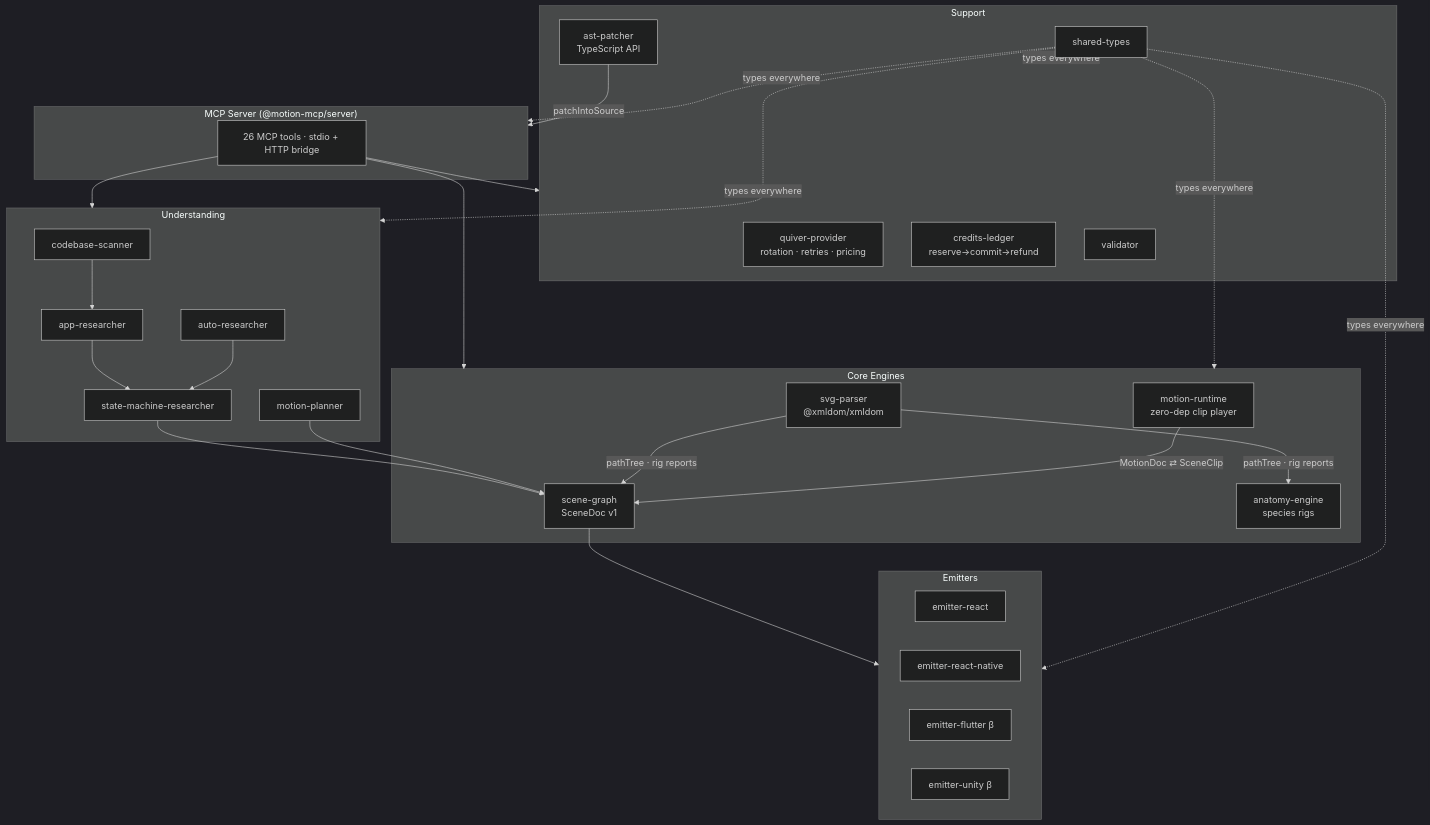
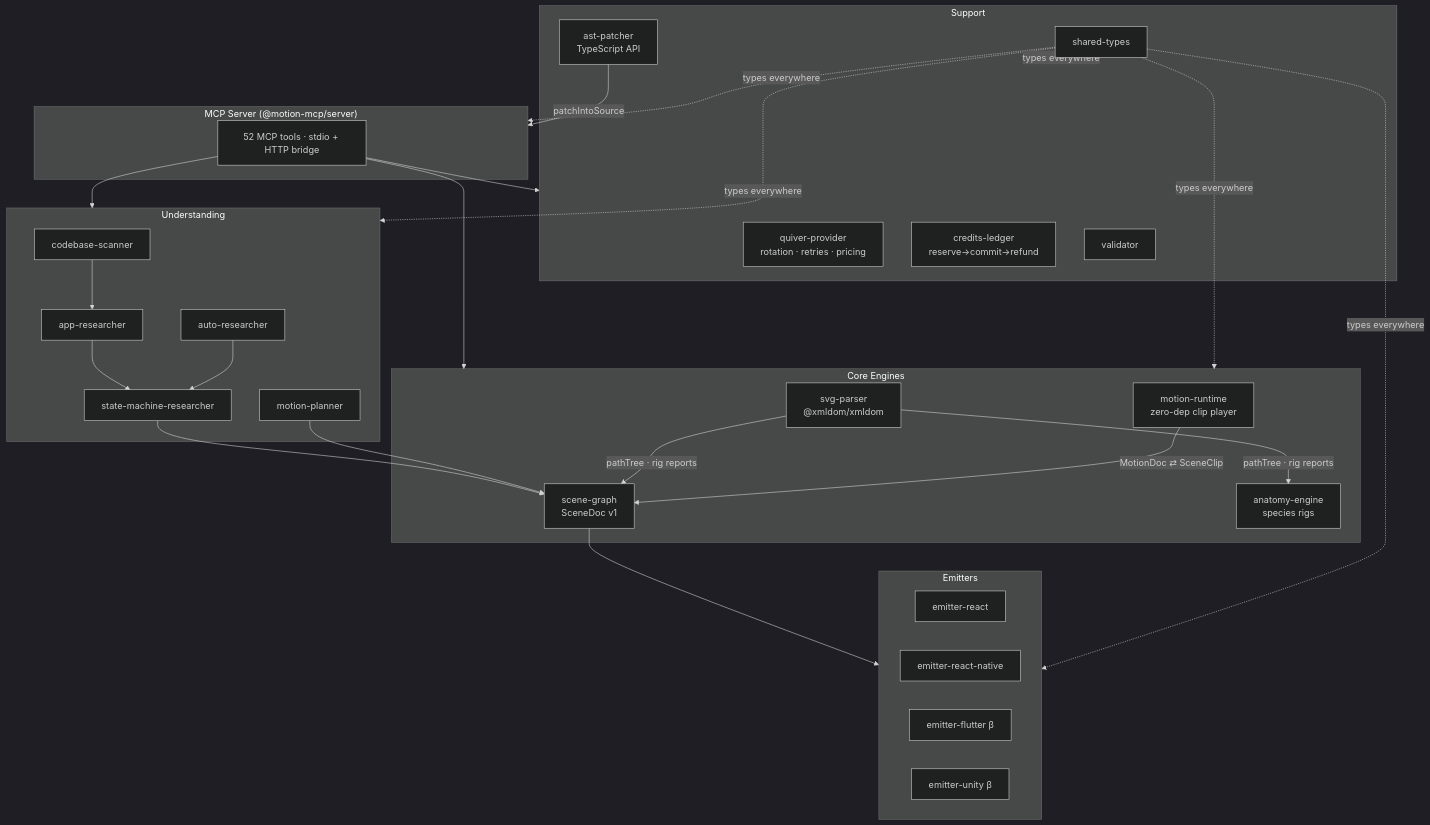
One commit to itsoumya-d/motion-mcp changed the second of 2 diagrams in README.md. Above: the diagram before and after it, drawn with Mermaid (dark theme). The commit also changed other lines of this file, not shown here.

````diff
--- a/README.md
+++ b/README.md
@@ -178,46 +201,46 @@
 ```mermaid
 graph TD
     subgraph SERVER["MCP Server (@motion-mcp/server)"]
-        MCP["26 MCP tools · stdio + HTTP bridge"]
+        MCP["52 MCP tools · stdio + HTTP bridge"]
     end
 
     subgraph UNDERSTAND["Understanding"]
         CS["codebase-scanner"]
         AR["app-researcher"]
         AU["auto-researcher"]
         SMR["state-machine-researcher"]
         MP["motion-planner"]
     end
 
     subgraph CORE["Core Engines"]
         SP["svg-parser<br/>@xmldom/xmldom"]
         SGR["scene-graph<br/>SceneDoc v1"]
         AE["anatomy-engine<br/>species rigs"]
         MR["motion-runtime<br/>zero-dep clip player"]
     end
 
     subgraph EMITTERS["Emitters"]
         ER["emitter-react"]
         ERN["emitter-react-native"]
         EF["emitter-flutter β"]
         EU["emitter-unity β"]
     end
 
     subgraph SUPPORT["Support"]
         QP["quiver-provider<br/>rotation · retries · pricing"]
         CL["credits-ledger<br/>reserve→commit→refund"]
         AP2["ast-patcher<br/>TypeScript API"]
         VA["validator"]
         ST["shared-types"]
     end
 
     MCP --> UNDERSTAND & CORE & SUPPORT
     CS --> AR --> SMR --> SGR
     AU --> SMR
     MP --> SGR
     SP -->|"pathTree · rig reports"| AE & SGR
     SGR --> EMITTERS
     MR -->|"MotionDoc ⇄ SceneClip"| SGR
     AP2 -->|"patchIntoSource"| SERVER
     ST -.->|"types everywhere"| SERVER & UNDERSTAND & CORE & EMITTERS & SUPPORT
 ```
````
